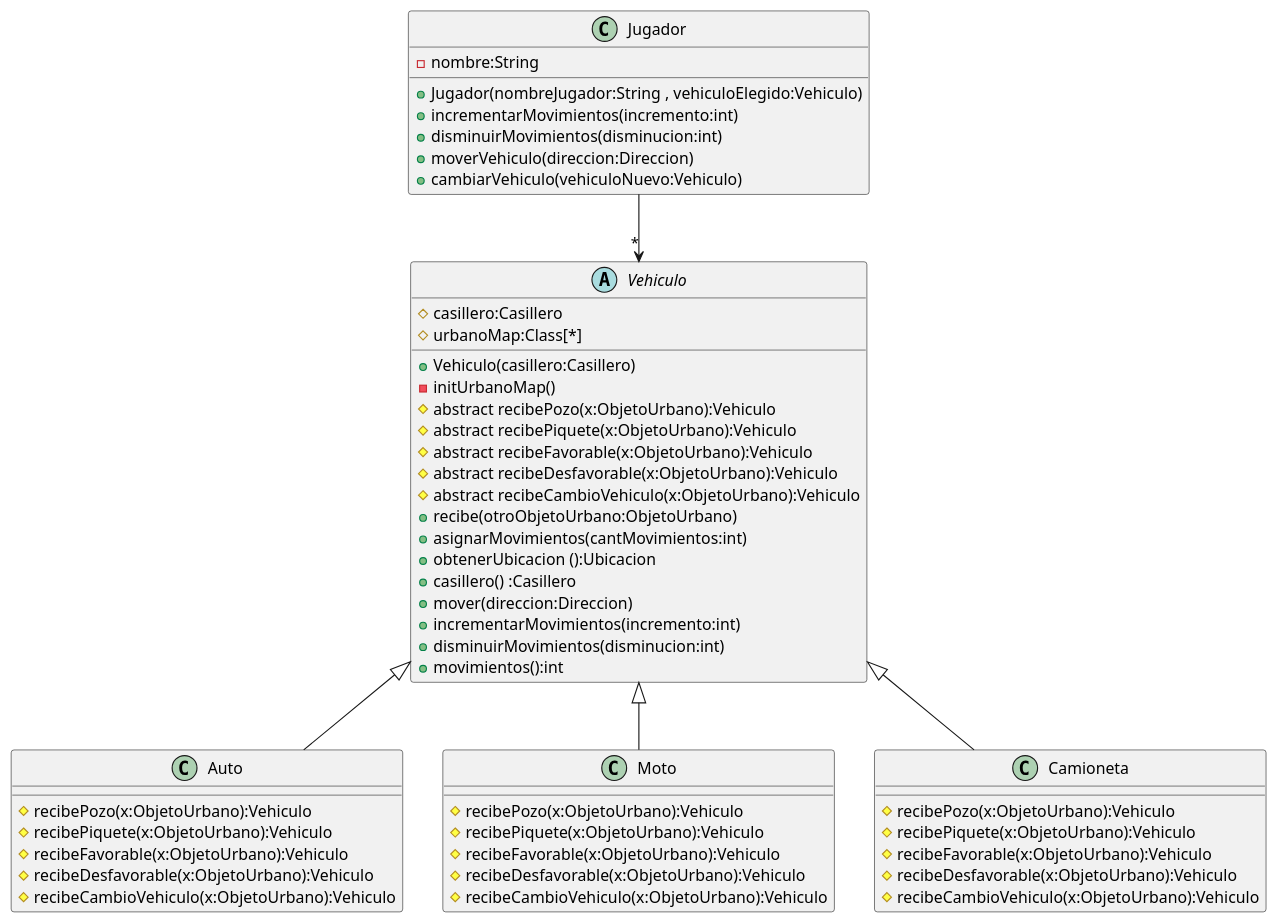
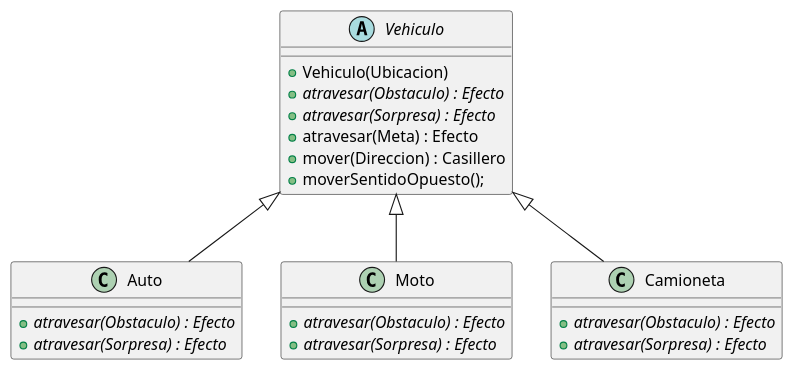
One commit to JorgeSedek/algo3_tp2 changed the diagram in diagrams/classes/diagramaClases2.puml. Above: the diagram before and after it, drawn with PlantUML. The commit also changed 3 other files, not shown here.

Commit message:
Agrego diagramas de clases

```diff
--- a/diagrams/classes/diagramaClases2.puml
+++ b/diagrams/classes/diagramaClases2.puml
@@ -1,57 +1,28 @@
 @startuml
-class Jugador{
--nombre:String
-+Jugador(nombreJugador:String , vehiculoElegido:Vehiculo)
-+incrementarMovimientos(incremento:int)
-+disminuirMovimientos(disminucion:int)
-+moverVehiculo(direccion:Direccion)
-+cambiarVehiculo(vehiculoNuevo:Vehiculo)
-}
-abstract Vehiculo{
-#casillero:Casillero
-#urbanoMap:Class[*]
-+Vehiculo(casillero:Casillero)
--initUrbanoMap()
-#abstract recibePozo(x:ObjetoUrbano):Vehiculo
-#abstract recibePiquete(x:ObjetoUrbano):Vehiculo
-#abstract recibeFavorable(x:ObjetoUrbano):Vehiculo
-#abstract recibeDesfavorable(x:ObjetoUrbano):Vehiculo
-#abstract recibeCambioVehiculo(x:ObjetoUrbano):Vehiculo
-+recibe(otroObjetoUrbano:ObjetoUrbano)
-+asignarMovimientos(cantMovimientos:int)
-+obtenerUbicacion ():Ubicacion
-+casillero() :Casillero
-+mover(direccion:Direccion)
-+incrementarMovimientos(incremento:int)
-+disminuirMovimientos(disminucion:int)
-+movimientos():int
+abstract class Vehiculo {
++Vehiculo(Ubicacion)
++atravesar(Obstaculo) : Efecto {abstract}
++atravesar(Sorpresa) : Efecto {abstract}
++atravesar(Meta) : Efecto
++mover(Direccion) : Casillero
++moverSentidoOpuesto();
 }
 
 class Auto{
-# recibePozo(x:ObjetoUrbano):Vehiculo
-# recibePiquete(x:ObjetoUrbano):Vehiculo
-# recibeFavorable(x:ObjetoUrbano):Vehiculo
-# recibeDesfavorable(x:ObjetoUrbano):Vehiculo
-# recibeCambioVehiculo(x:ObjetoUrbano):Vehiculo
++atravesar(Obstaculo) : Efecto {abstract}
++atravesar(Sorpresa) : Efecto {abstract}
 }
 class Moto{
-# recibePozo(x:ObjetoUrbano):Vehiculo
-# recibePiquete(x:ObjetoUrbano):Vehiculo
-# recibeFavorable(x:ObjetoUrbano):Vehiculo
-# recibeDesfavorable(x:ObjetoUrbano):Vehiculo
-# recibeCambioVehiculo(x:ObjetoUrbano):Vehiculo
++atravesar(Obstaculo) : Efecto {abstract}
++atravesar(Sorpresa) : Efecto {abstract}
 }
 class Camioneta{
-# recibePozo(x:ObjetoUrbano):Vehiculo
-# recibePiquete(x:ObjetoUrbano):Vehiculo
-# recibeFavorable(x:ObjetoUrbano):Vehiculo
-# recibeDesfavorable(x:ObjetoUrbano):Vehiculo
-# recibeCambioVehiculo(x:ObjetoUrbano):Vehiculo
++atravesar(Obstaculo) : Efecto {abstract}
++atravesar(Sorpresa) : Efecto {abstract}
 }
-Jugador --> "*" Vehiculo
 Vehiculo <|-- Auto
 Vehiculo <|-- Moto
 Vehiculo <|-- Camioneta
 
 
 @enduml
```
